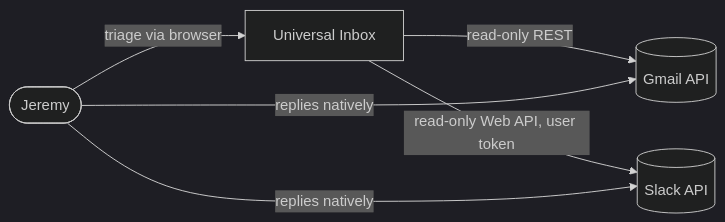
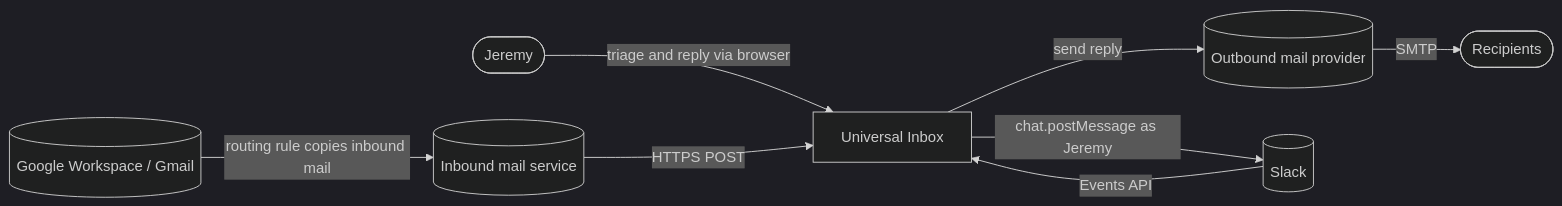
One commit to JMLegere/comms-terminal changed the first of 3 diagrams in docs/prd.md. Above: the diagram before and after it, drawn with Mermaid (dark theme). The commit also changed other lines of this file and 17 other files, not shown here.

````diff
--- a/docs/prd.md
+++ b/docs/prd.md
@@ -229,7 +245,10 @@
 ```mermaid
 flowchart LR
-  J([Jeremy]) -->|triage via browser| UI[Universal Inbox]
-  UI -->|read-only REST| G[(Gmail API)]
-  UI -->|read-only Web API, user token| S[(Slack API)]
-  J -->|replies natively| G & S
+  J([Jeremy]) -->|triage and reply via browser| UI[Universal Inbox]
+  GW[(Google Workspace / Gmail)] -->|routing rule copies inbound mail| IM[(Inbound mail service)]
+  IM -->|HTTPS POST| UI
+  UI -->|send reply| OM[(Outbound mail provider)]
+  OM -->|SMTP| R([Recipients])
+  S[(Slack)] -->|Events API| UI
+  UI -->|chat.postMessage as Jeremy| S
 ```
````
